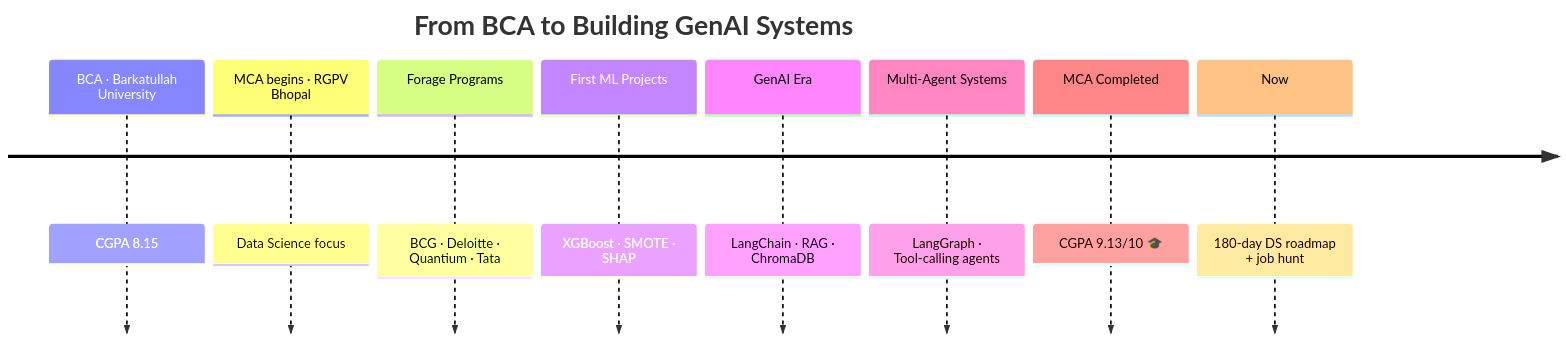
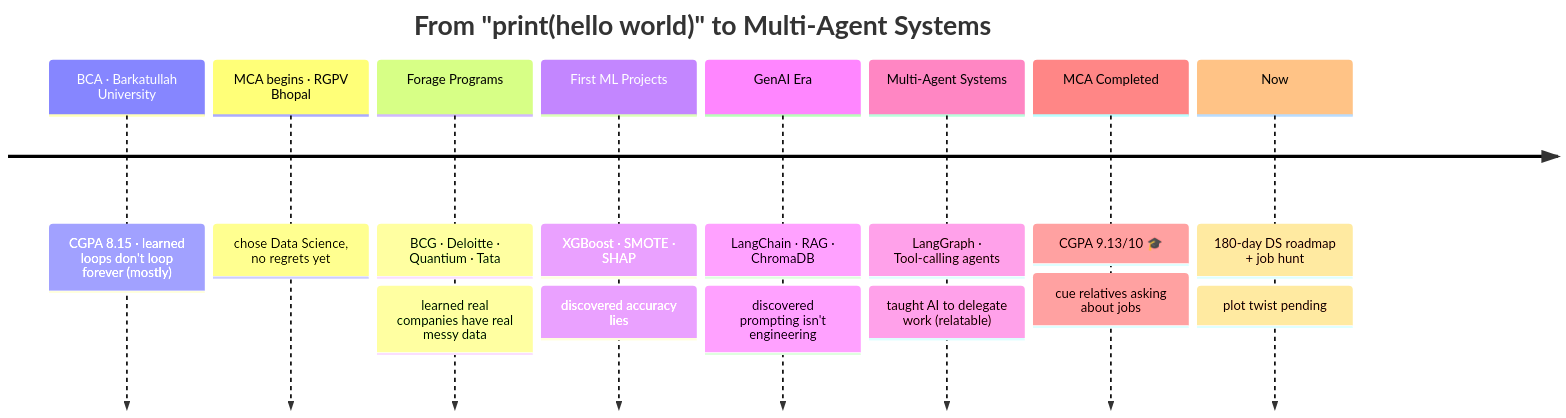
The diagram in README.md (AbhishekGorya/AbhishekGorya), drawn with Mermaid before and after one commit. The commit also changed other lines of this file, not shown here.

````diff
--- a/README.md
+++ b/README.md
@@ -49,12 +65,12 @@
 ```mermaid
 timeline
-    title From BCA to Building GenAI Systems
-    BCA · Barkatullah University : CGPA 8.15
-    MCA begins · RGPV Bhopal : Data Science focus
-    Forage Programs : BCG · Deloitte · Quantium · Tata
-    First ML Projects : XGBoost · SMOTE · SHAP
-    GenAI Era : LangChain · RAG · ChromaDB
-    Multi-Agent Systems : LangGraph · Tool-calling agents
-    MCA Completed : CGPA 9.13/10 🎓
-    Now : 180-day DS roadmap + job hunt
+    title From "print(hello world)" to Multi-Agent Systems
+    BCA · Barkatullah University : CGPA 8.15 · learned loops don't loop forever (mostly)
+    MCA begins · RGPV Bhopal : chose Data Science, no regrets yet
+    Forage Programs : BCG · Deloitte · Quantium · Tata : learned real companies have real messy data
+    First ML Projects : XGBoost · SMOTE · SHAP : discovered accuracy lies
+    GenAI Era : LangChain · RAG · ChromaDB : discovered prompting isn't engineering
+    Multi-Agent Systems : LangGraph · Tool-calling agents : taught AI to delegate work (relatable)
+    MCA Completed : CGPA 9.13/10 🎓 : cue relatives asking about jobs
+    Now : 180-day DS roadmap + job hunt : plot twist pending
 ```
````
